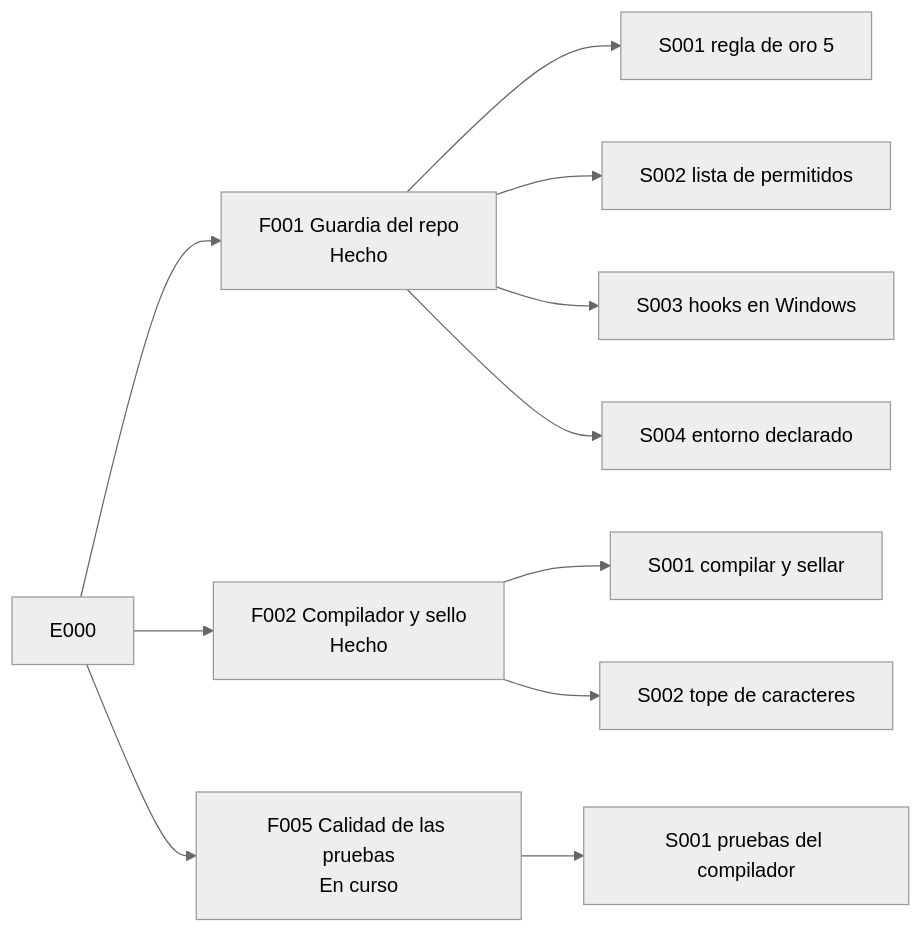
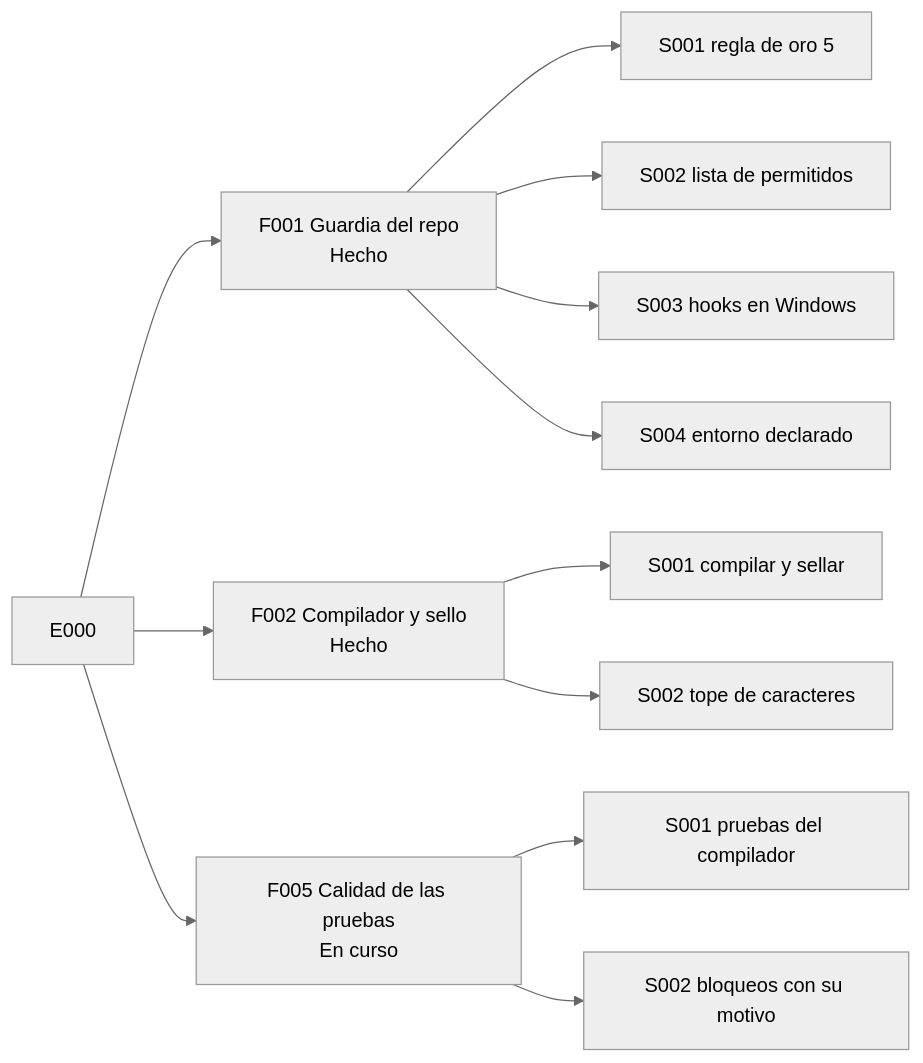
The second of 2 diagrams in docs/E000/README.md (jliberal-aquas/aquas-central-harness-government), drawn with Mermaid (neutral theme) before and after one commit. The commit also changed 10 other files, not shown here.

First line of the commit message:
Endurecer bloqueos de guardia y entorno con su motivo (E000/F005/S002)

````diff
--- a/docs/E000/README.md
+++ b/docs/E000/README.md
@@ -94,13 +94,14 @@
 ```mermaid
 flowchart LR
     E["E000"] --> F1["F001 Guardia del repo<br/>Hecho"]
     F1 --> S1["S001 regla de oro 5"]
     F1 --> S2["S002 lista de permitidos"]
     F1 --> S3["S003 hooks en Windows"]
     F1 --> S4["S004 entorno declarado"]
     E --> F2["F002 Compilador y sello<br/>Hecho"]
     F2 --> T1["S001 compilar y sellar"]
     F2 --> T2["S002 tope de caracteres"]
     E --> F5["F005 Calidad de las pruebas<br/>En curso"]
     F5 --> U1["S001 pruebas del compilador"]
+    F5 --> U2["S002 bloqueos con su motivo"]
 ```
````
